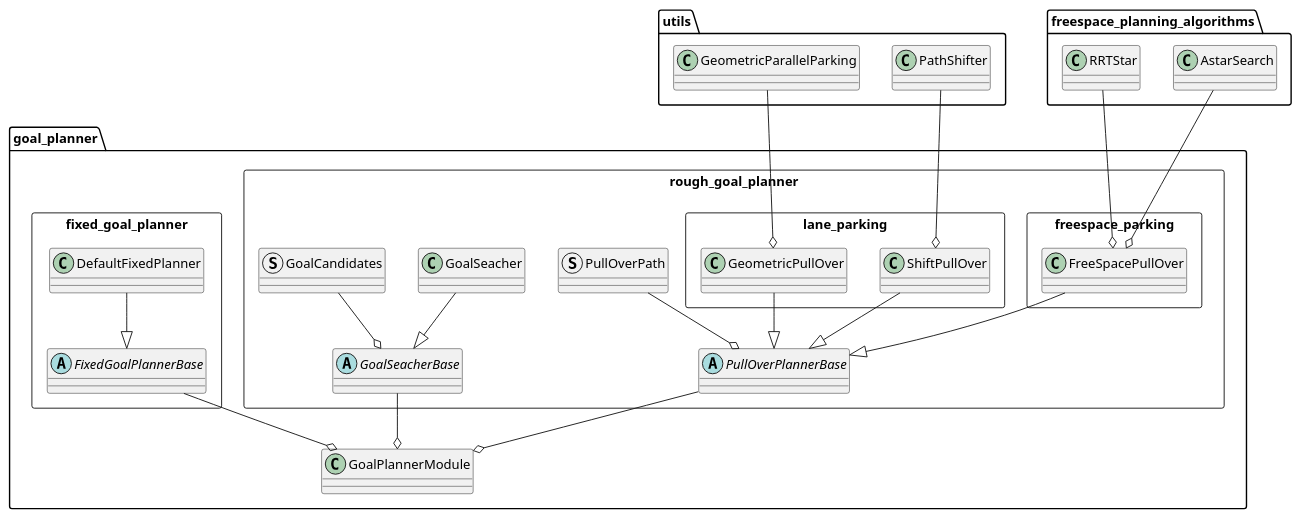
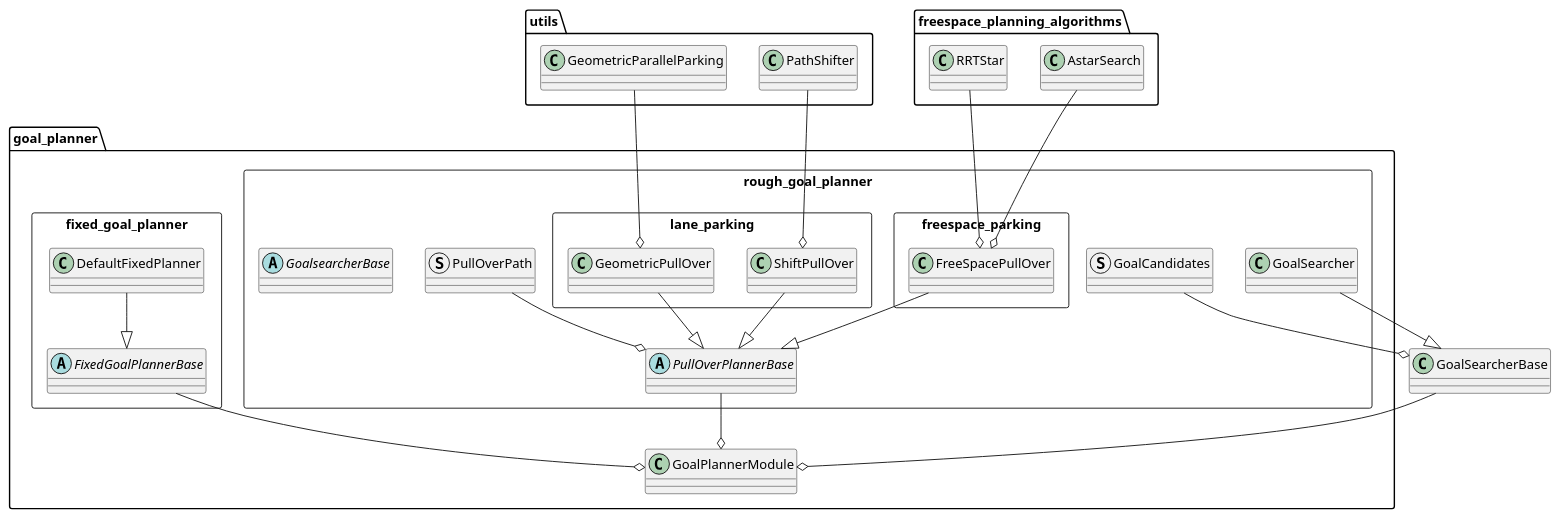
Before and after one commit to autowarefoundation/autoware.universe: the diagram in planning/behavior_path_goal_planner_module/README.md, drawn with PlantUML. The commit also changed other lines of this file and 4 other files, not shown here.

````diff
--- a/planning/behavior_path_goal_planner_module/README.md
+++ b/planning/behavior_path_goal_planner_module/README.md
@@ -15,67 +15,67 @@
 ```plantuml
 @startuml
 package goal_planner{
 
     class GoalPlannerModule {}
 
     package rough_goal_planner <<Rectangle>>{
 
         package lane_parking <<Rectangle>>{
             class ShiftPullOver {}
             class GeometricPullOver {}
         }
 
         package freespace_parking <<Rectangle>>{
             class FreeSpacePullOver {}
         }
 
-        class GoalSeacher {}
+        class GoalSearcher {}
 
         struct GoalCandidates {}
         struct PullOverPath{}
 
         abstract class PullOverPlannerBase {}
-        abstract class GoalSeacherBase {}
+        abstract class GoalsearcherBase {}
 
     }
 
     package fixed_goal_planner <<Rectangle>>{
         abstract class FixedGoalPlannerBase {}
         class DefaultFixedPlanner{}
     }
 }
 
 
 package utils{
     class PathShifter {}
 
     class GeometricParallelParking {}
 }
 
 package freespace_planning_algorithms
  {
     class AstarSearch{}
     class RRTStar{}
 }
 
 ' goal planner
 ShiftPullOver --|> PullOverPlannerBase
 GeometricPullOver --|> PullOverPlannerBase
 FreeSpacePullOver --|> PullOverPlannerBase
-GoalSeacher --|> GoalSeacherBase
+GoalSearcher --|> GoalSearcherBase
 DefaultFixedPlanner --|> FixedGoalPlannerBase
 
 PathShifter --o ShiftPullOver
 GeometricParallelParking --o GeometricPullOver
 AstarSearch --o FreeSpacePullOver
 RRTStar --o FreeSpacePullOver
 
 PullOverPlannerBase --o GoalPlannerModule
-GoalSeacherBase --o GoalPlannerModule
+GoalSearcherBase --o GoalPlannerModule
 FixedGoalPlannerBase --o GoalPlannerModule
 
 PullOverPath --o PullOverPlannerBase
-GoalCandidates --o GoalSeacherBase
+GoalCandidates --o GoalSearcherBase
 
 @enduml
 ```
````
